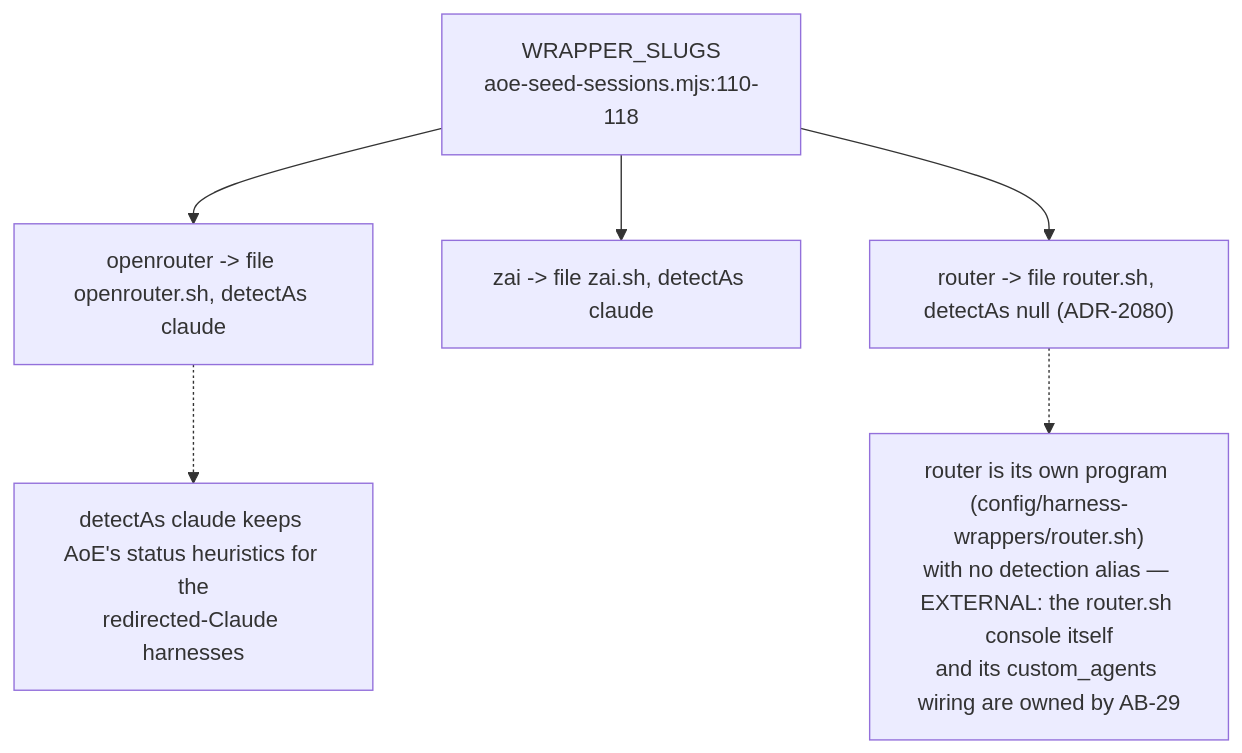
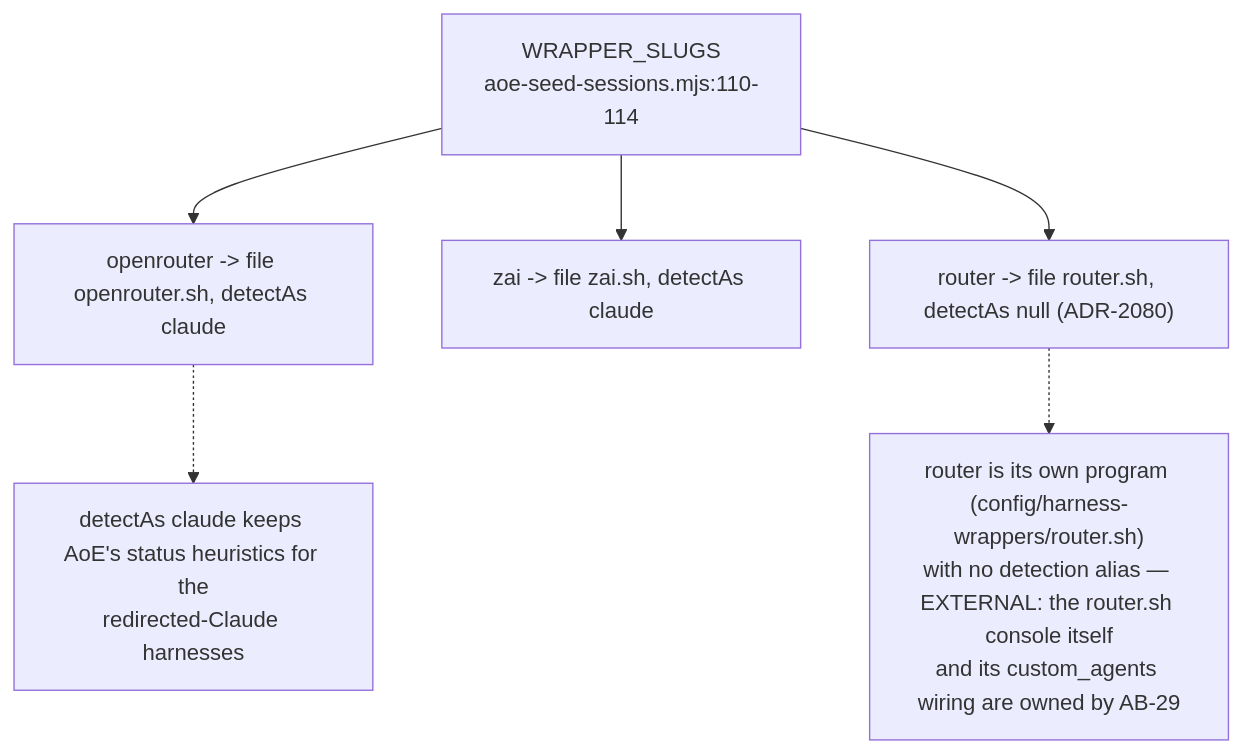
Diagram 20 of 23 in docs/diagrams/agentbox/02-boot-sequence-and-readiness.md (DreamLab-AI/VisionFlow), drawn with Mermaid before and after one commit. The commit also changed other lines of this file and 28 other files, not shown here.

````diff
--- a/docs/diagrams/agentbox/02-boot-sequence-and-readiness.md
+++ b/docs/diagrams/agentbox/02-boot-sequence-and-readiness.md
@@ -619,9 +636,9 @@
 ```mermaid
 flowchart TB
-    W["WRAPPER_SLUGS<br/>aoe-seed-sessions.mjs:110-118"]
+    W["WRAPPER_SLUGS<br/>aoe-seed-sessions.mjs:110-114"]
     W --> OR["openrouter -&gt; file openrouter.sh, detectAs claude"]
     W --> ZA["zai -&gt; file zai.sh, detectAs claude"]
     W --> RO["router -&gt; file router.sh, detectAs null (ADR-2080)"]
     OR -.-> NOTE1["detectAs claude keeps AoE's status heuristics for the<br/>redirected-Claude harnesses"]
     RO -.-> NOTE2["router is its own program (config/harness-wrappers/router.sh)<br/>with no detection alias — EXTERNAL: the router.sh console itself<br/>and its custom_agents wiring are owned by AB-29"]
 ```
````
